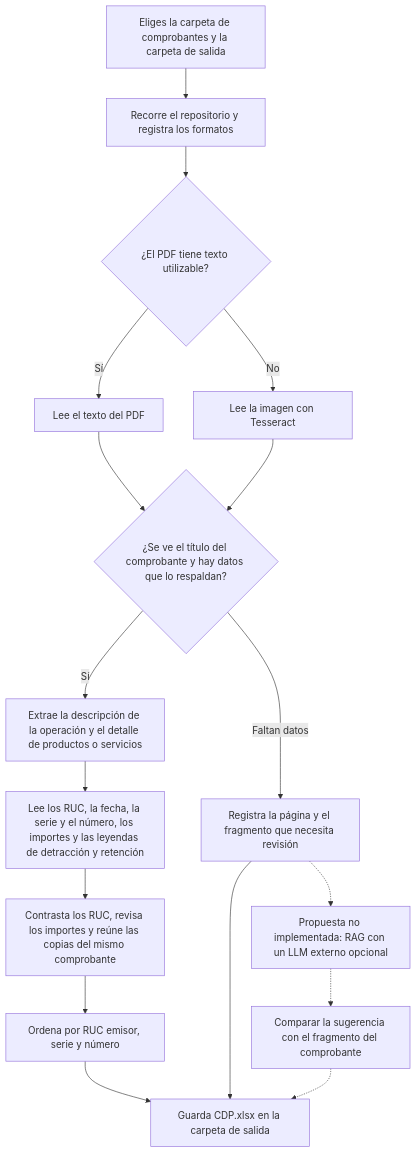
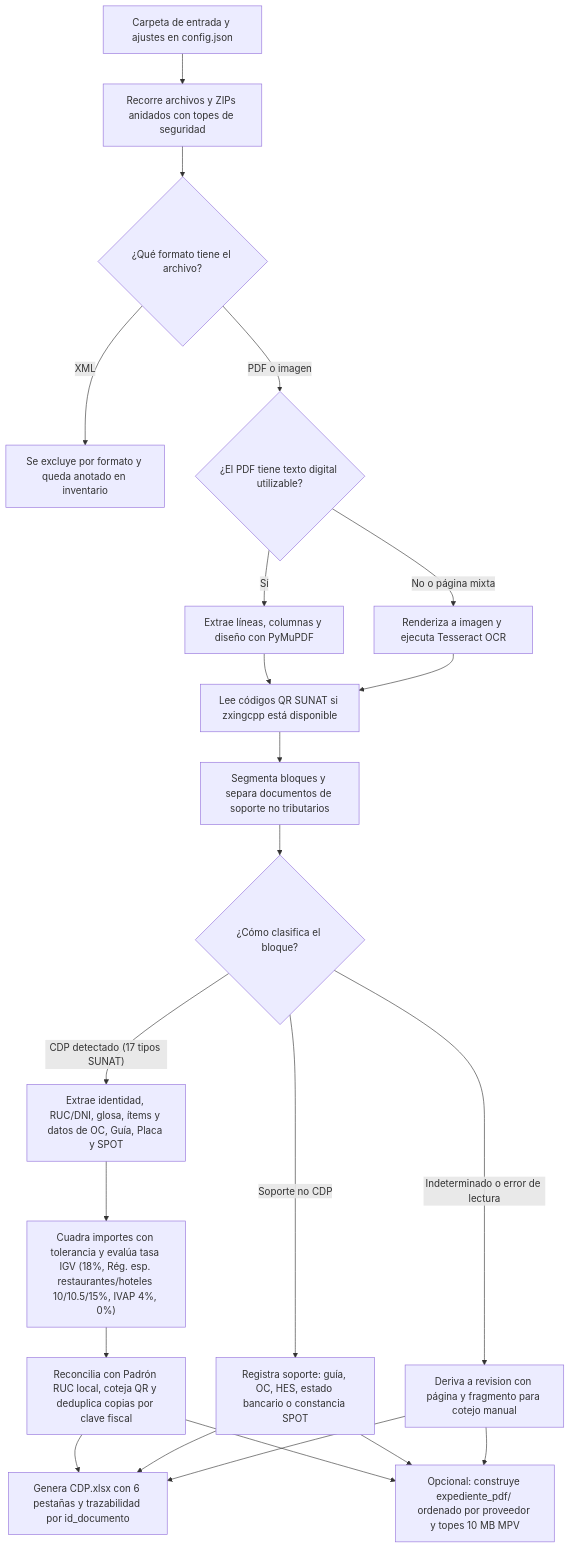
One commit to desencadenar/ocr-cdp changed the diagram in README.md. Above: the diagram before and after it, drawn with Mermaid. The commit also changed other lines of this file and 20 other files, not shown here.

Commit message:
Amplia cobertura tributaria SUNAT, control de tasas IGV, expediente PDF y documentacion

````diff
--- a/README.md
+++ b/README.md
@@ -33,19 +58,24 @@
 ```mermaid
 flowchart TD
-    A["Eliges la carpeta de comprobantes y la carpeta de salida"] --> B["Recorre el repositorio y registra los formatos"]
-    B --> C{"¿El PDF tiene texto utilizable?"}
-    C -->|Sí| D["Lee el texto del PDF"]
-    C -->|No| E["Lee la imagen con Tesseract"]
-    D --> F{"¿Se ve el título del comprobante y hay datos que lo respaldan?"}
-    E --> F
-    F -->|Sí| G["Extrae la descripción de la operación y el detalle de productos o servicios"]
-    G --> N["Lee los RUC, la fecha, la serie y el número, los importes y las leyendas de detracción y retención"]
-    F -->|Faltan datos| H["Registra la página y el fragmento que necesita revisión"]
-    N --> I["Contrasta los RUC, revisa los importes y reúne las copias del mismo comprobante"]
-    I --> O["Ordena por RUC emisor, serie y número"]
-    O --> J["Guarda CDP.xlsx en la carpeta de salida"]
-    H --> J
-    H -.-> R["Propuesta no implementada: RAG con un LLM externo opcional"]
-    R -.-> V["Comparar la sugerencia con el fragmento del comprobante"]
-    V -.-> J
+    A["Carpeta de entrada y ajustes en config.json"] --> B["Recorre archivos y ZIPs anidados con topes de seguridad"]
+    B --> C{"¿Qué formato tiene el archivo?"}
+    C -->|"XML"| D["Se excluye por formato y queda anotado en inventario"]
+    C -->|"PDF o imagen"| E{"¿El PDF tiene texto digital utilizable?"}
+    E -->|"Sí"| F["Extrae líneas, columnas y diseño con PyMuPDF"]
+    E -->|"No o página mixta"| G["Renderiza a imagen y ejecuta Tesseract OCR"]
+    F --> H["Lee códigos QR SUNAT si zxingcpp está disponible"]
+    G --> H
+    H --> I["Segmenta bloques y separa documentos de soporte no tributarios"]
+    I --> J{"¿Cómo clasifica el bloque?"}
+    J -->|"Soporte no CDP"| K["Registra soporte: guía, OC, HES, estado bancario o constancia SPOT"]
+    J -->|"Indeterminado o error de lectura"| L["Deriva a revision con página y fragmento para cotejo manual"]
+    J -->|"CDP detectado (17 tipos SUNAT)"| M["Extrae identidad, RUC/DNI, glosa, ítems y datos de OC, Guía, Placa y SPOT"]
+    M --> N["Cuadra importes con tolerancia y evalúa tasa IGV (18%, Rég. esp. restaurantes/hoteles 10/10.5/15%, IVAP 4%, 0%)"]
+    N --> O["Reconcilia con Padrón RUC local, coteja QR y deduplica copias por clave fiscal"]
+    O --> P["Genera CDP.xlsx con 6 pestañas y trazabilidad por id_documento"]
+    O --> Q["Opcional: construye expediente_pdf/ ordenado por proveedor y topes 10 MB MPV"]
+    K --> P
+    K --> Q
+    L --> P
+    L --> Q
 ```
````
